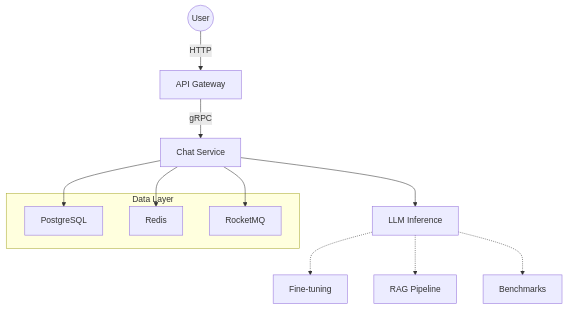
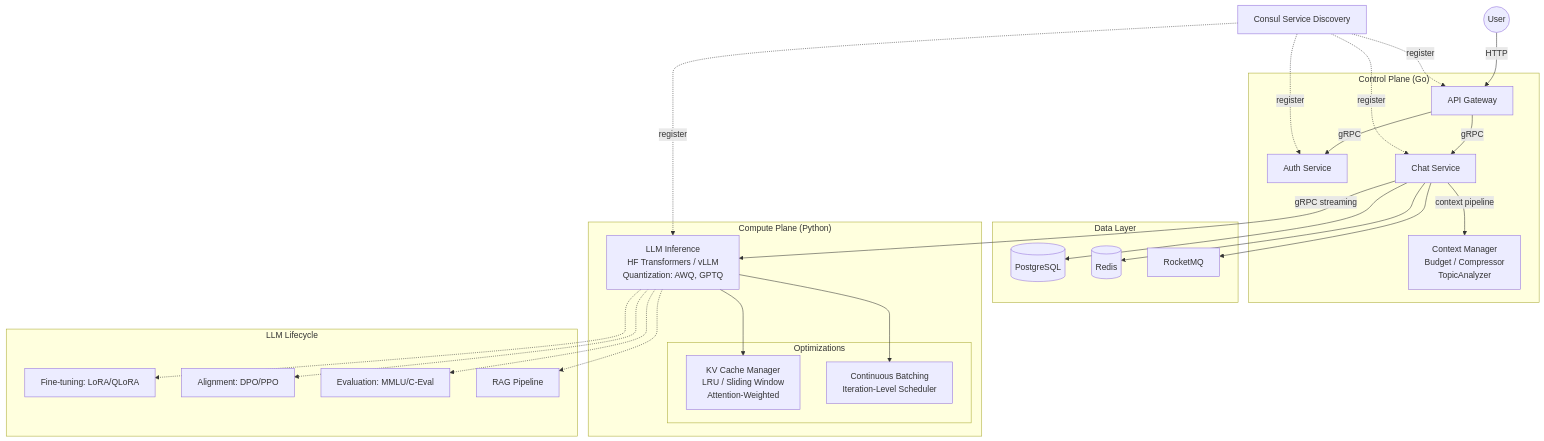
Before and after one commit to Einspanner123/free-chat: the diagram in README.md, drawn with Mermaid. The commit also changed 1 other file, not shown here.

Commit message:
docs: expand architecture diagram to show full system topology
- Split into 4 subgraphs: control plane (Go), data layer, compute plane (Python), LLM lifecycle
- Add Auth Service and Consul service discovery
- Show context manager pipeline inside chat service
- Show KV Cache Manager and continuous batching inside compute plane
- Connect lifecycle modules (fine-tuning, alignment, evaluation, RAG) to LLM inference

````diff
--- a/README.md
+++ b/README.md
@@ -123,18 +123,56 @@
 ```mermaid
-graph TD
-    User((User)) -->|HTTP| Gateway[API Gateway]
-    Gateway -->|gRPC| Chat[Chat Service]
-    Chat --> LLM[LLM Inference]
-    LLM -.-> Finetune[Fine-tuning]
-    LLM -.-> RAG[RAG Pipeline]
-    LLM -.-> Evaluation[Benchmarks]
+graph TB
+    subgraph "Control Plane (Go)"
+        Gateway[API Gateway]
+        Auth[Auth Service]
+        Chat[Chat Service]
+        Chat -->|context pipeline| Context[Context Manager
+Budget / Compressor
+TopicAnalyzer]
+    end
     
     subgraph "Data Layer"
-        PostgreSQL
-        Redis
-        RocketMQ
+        DB[(PostgreSQL)]
+        Cache[(Redis)]
+        MQ[RocketMQ]
     end
-    Chat --> PostgreSQL
-    Chat --> Redis
-    Chat --> RocketMQ
+    
+    subgraph "Compute Plane (Python)"
+        LLM[LLM Inference
+HF Transformers / vLLM
+Quantization: AWQ, GPTQ]
+        subgraph "Optimizations"
+            KV[KV Cache Manager
+LRU / Sliding Window
+Attention-Weighted]
+            Sched[Continuous Batching
+Iteration-Level Scheduler]
+        end
+    end
+    
+    subgraph "LLM Lifecycle"
+        Finetune[Fine-tuning: LoRA/QLoRA]
+        Align[Alignment: DPO/PPO]
+        Eval[Evaluation: MMLU/C-Eval]
+        RAG[RAG Pipeline]
+    end
+    
+    User((User)) -->|HTTP| Gateway
+    Gateway -->|gRPC| Auth
+    Gateway -->|gRPC| Chat
+    Chat --> DB
+    Chat --> Cache
+    Chat --> MQ
+    Chat -->|gRPC streaming| LLM
+    LLM --> KV
+    LLM --> Sched
+    LLM -.-> Finetune
+    LLM -.-> Align
+    LLM -.-> Eval
+    LLM -.-> RAG
+    
+    Consul[Consul Service Discovery] -.->|register| Gateway
+    Consul -.->|register| Auth
+    Consul -.->|register| Chat
+    Consul -.->|register| LLM
 ```
````
